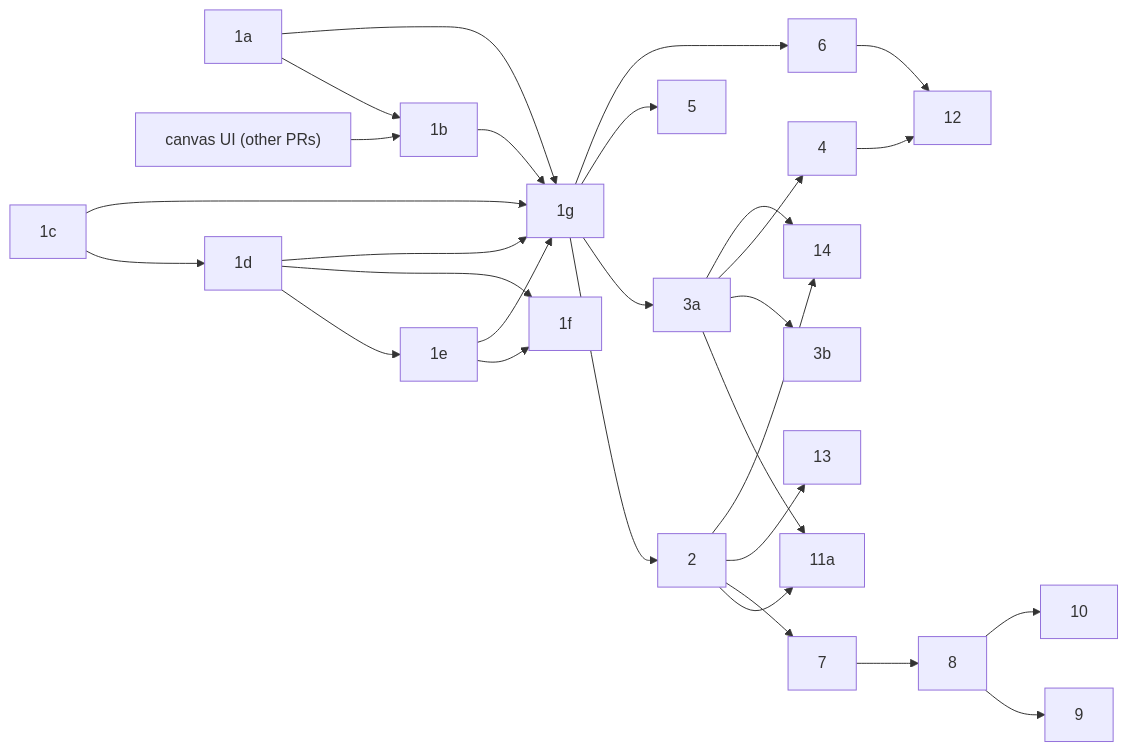
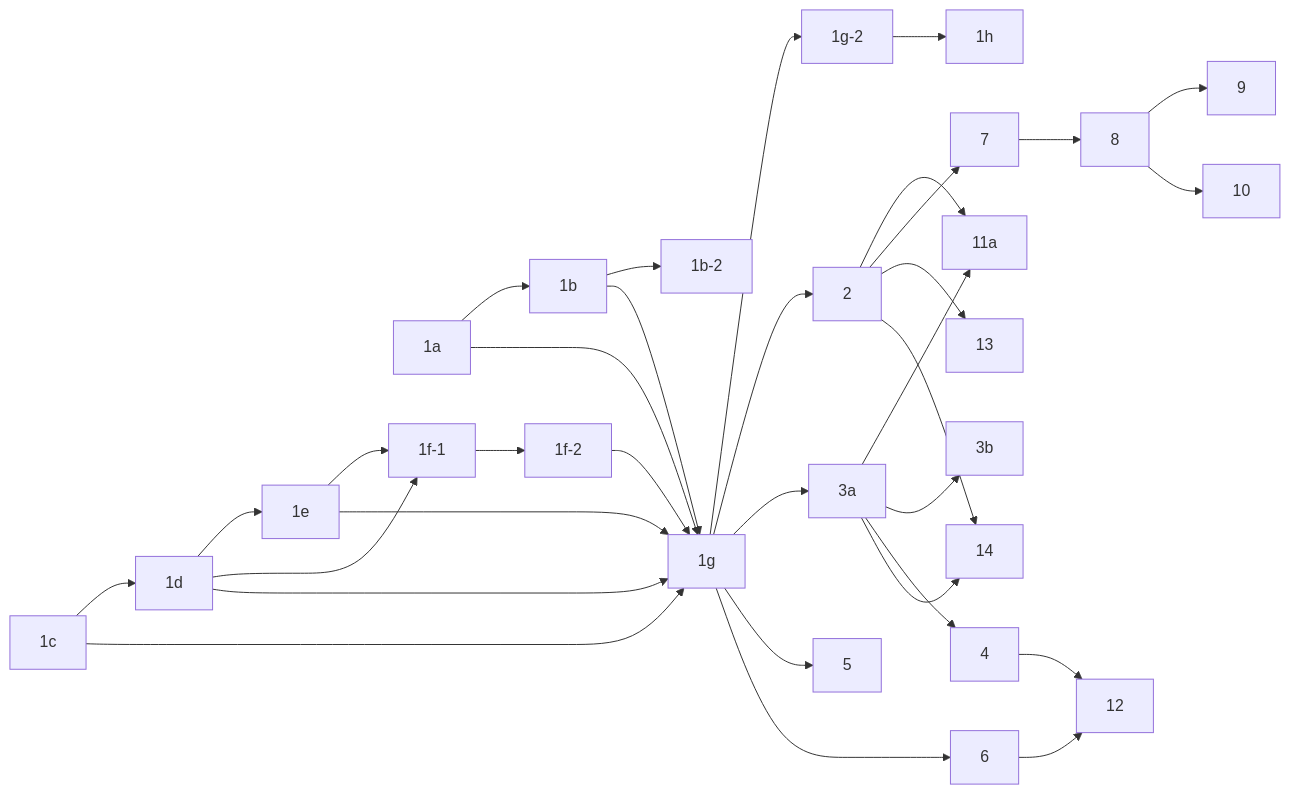
The diagram in docs/design/workflows-plan.md (aws-solutions/konductor), drawn with Mermaid before and after one commit. The commit also changed other lines of this file and 3 other files, not shown here.

````diff
--- a/docs/design/workflows-plan.md
+++ b/docs/design/workflows-plan.md
@@ -50,23 +50,27 @@
 ```mermaid
 flowchart LR
-        s1a["1a"] --> s1b["1b"]
-    ui["canvas UI (other PRs)"] --> s1b
+    s1a["1a"] --> s1b["1b"]
+    s1b --> s1b2["1b-2"]
     s1c["1c"] --> s1d["1d"]
-        s1d --> s1e["1e"]
-    s1d & s1e --> s1f["1f"]
+    s1d --> s1e["1e"]
+    s1d & s1e --> s1f1["1f-1"]
+    s1f1 --> s1f2["1f-2"]
     s1a & s1b & s1c & s1d & s1e --> s1g["1g"]
+    s1f2 --> s1g
+    s1g --> s1g2["1g-2"]
+    s1g2 --> s1h["1h"]
     s1g --> s2["2"]
     s1g --> s3a["3a"]
     s2 & s3a --> s11a["11a"]
     s3a --> s3b["3b"]
     s3a --> s4["4"]
     s1g --> s5["5"]
     s1g --> s6["6"]
     s2 --> s7["7"]
     s7 --> s8["8"]
     s8 --> s9["9"]
     s8 --> s10["10"]
     s4 & s6 --> s12["12"]
     s2 --> s13["13"]
     s2 & s3a --> s14["14"]
 ```
````
